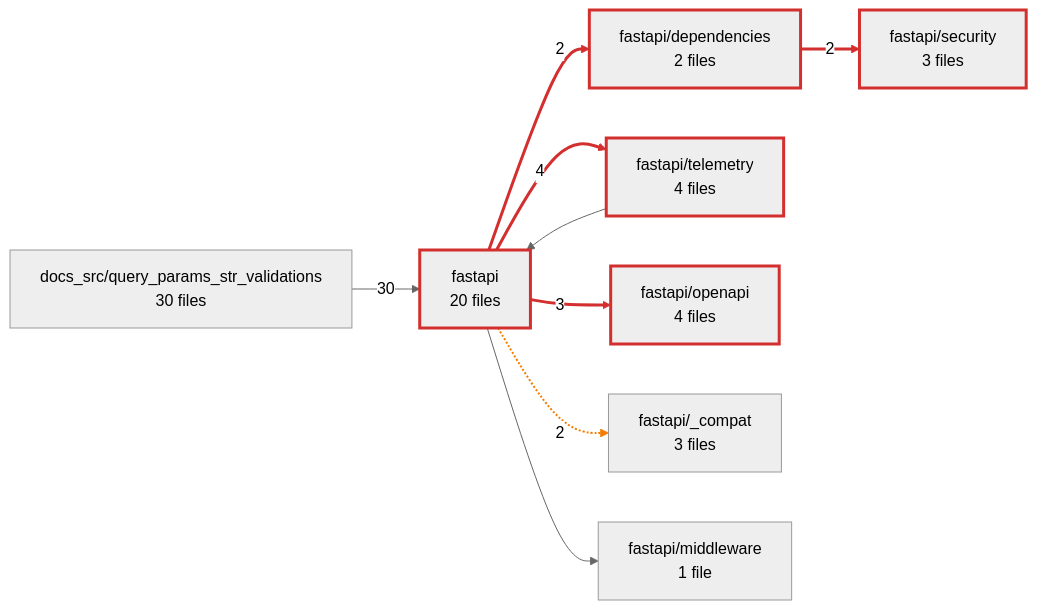
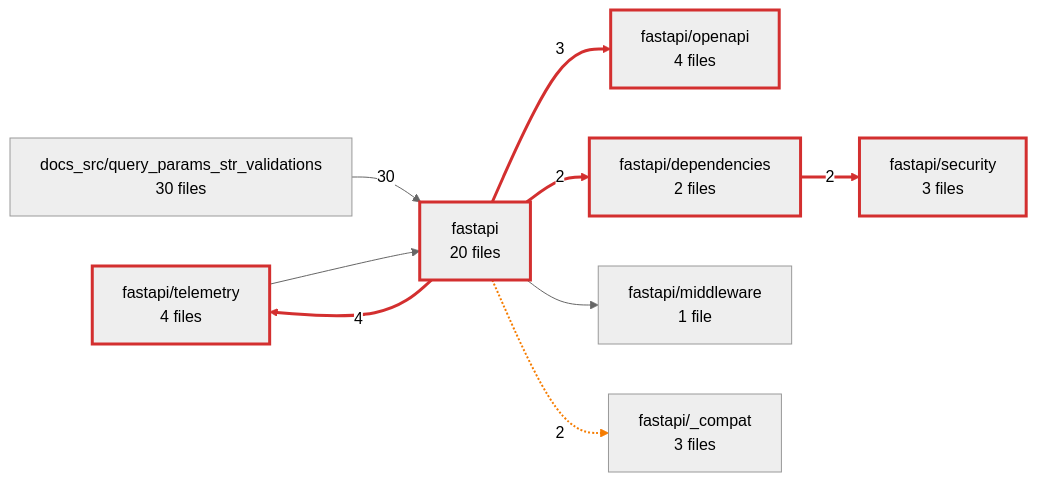
One commit to mohdzain98/gnost changed diagram 30 of 36 in docs/gallery/fastapi/flow/folder-paths.md. Above: the diagram before and after it, drawn with Mermaid (neutral theme). The commit also changed other lines of this file and 40 other files, not shown here.

````diff
--- a/docs/gallery/fastapi/flow/folder-paths.md
+++ b/docs/gallery/fastapi/flow/folder-paths.md
@@ -2457,23 +2457,23 @@
 ```mermaid
 flowchart LR
+  dir_fastapi_telemetry["fastapi/telemetry<br/>4 files"]
+  dir_fastapi["fastapi<br/>20 files"]
+  dir_docs_src_query_params_str_validations["docs_src/query_params_str_validations<br/>30 files"]
+  dir_fastapi_openapi["fastapi/openapi<br/>4 files"]
   dir_fastapi_dependencies["fastapi/dependencies<br/>2 files"]
+  dir_fastapi_middleware["fastapi/middleware<br/>1 file"]
+  dir_fastapi__compat["fastapi/_compat<br/>3 files"]
   dir_fastapi_security["fastapi/security<br/>3 files"]
-  dir_docs_src_query_params_str_validations["docs_src/query_params_str_validations<br/>30 files"]
-  dir_fastapi["fastapi<br/>20 files"]
-  dir_fastapi_telemetry["fastapi/telemetry<br/>4 files"]
-  dir_fastapi_openapi["fastapi/openapi<br/>4 files"]
-  dir_fastapi__compat["fastapi/_compat<br/>3 files"]
-  dir_fastapi_middleware["fastapi/middleware<br/>1 file"]
   dir_docs_src_query_params_str_validations -->|30| dir_fastapi
   dir_fastapi -.->|2| dir_fastapi__compat
   dir_fastapi ==>|2| dir_fastapi_dependencies
   dir_fastapi --> dir_fastapi_middleware
   dir_fastapi ==>|3| dir_fastapi_openapi
   dir_fastapi ==>|4| dir_fastapi_telemetry
   dir_fastapi_dependencies ==>|2| dir_fastapi_security
   dir_fastapi_telemetry --> dir_fastapi
   linkStyle 1 stroke:#f57c00,stroke-width:2px
   linkStyle 2,4,5,6 stroke:#d32f2f,stroke-width:3px
   classDef cycle stroke:#d32f2f,stroke-width:3px
-  class dir_fastapi_dependencies,dir_fastapi_security,dir_fastapi,dir_fastapi_telemetry,dir_fastapi_openapi cycle
+  class dir_fastapi_telemetry,dir_fastapi,dir_fastapi_openapi,dir_fastapi_dependencies,dir_fastapi_security cycle
 ```
````
